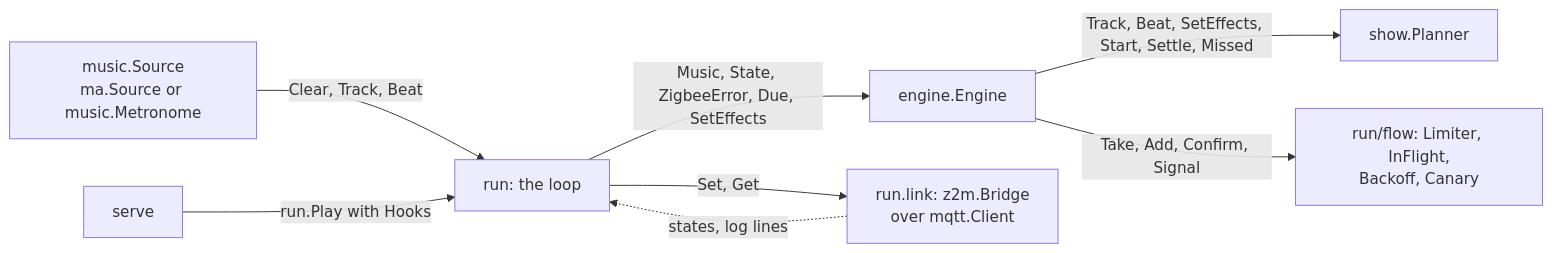
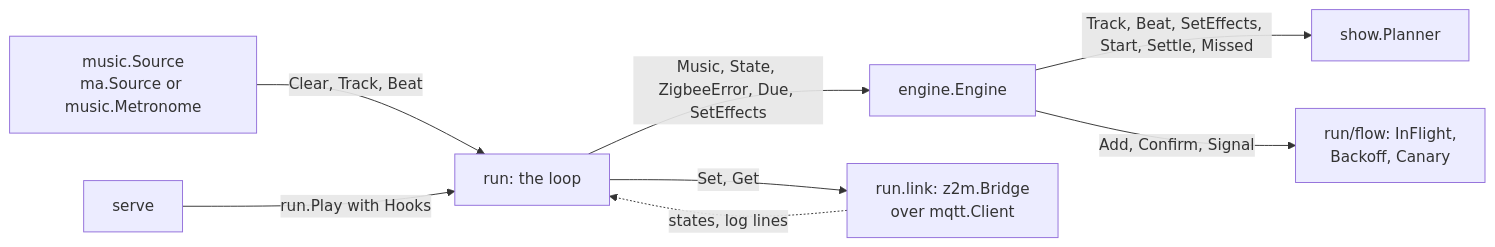
The diagram in DESIGN.md (siemenvdn/zigbeat), drawn with Mermaid before and after one commit. The commit also changed other lines of this file and 9 other files, not shown here.

````diff
--- a/DESIGN.md
+++ b/DESIGN.md
@@ -352,10 +353,10 @@
 ```mermaid
 flowchart LR
   src["music.Source<br/>ma.Source or music.Metronome"] -->|"Clear, Track, Beat"| loop["run: the loop"]
   serve["serve"] -->|"run.Play with Hooks"| loop
   loop -->|"Music, State, ZigbeeError, Due, SetEffects"| eng["engine.Engine"]
   eng -->|"Track, Beat, SetEffects, Start, Settle, Missed"| plan["show.Planner"]
-  eng -->|"Take, Add, Confirm, Signal"| flow["run/flow: Limiter, InFlight,<br/>Backoff, Canary"]
+  eng -->|"Add, Confirm, Signal"| flow["run/flow: InFlight,<br/>Backoff, Canary"]
   loop -->|"Set, Get"| link["run.link: z2m.Bridge<br/>over mqtt.Client"]
   link -.->|"states, log lines"| loop
 ```
````
